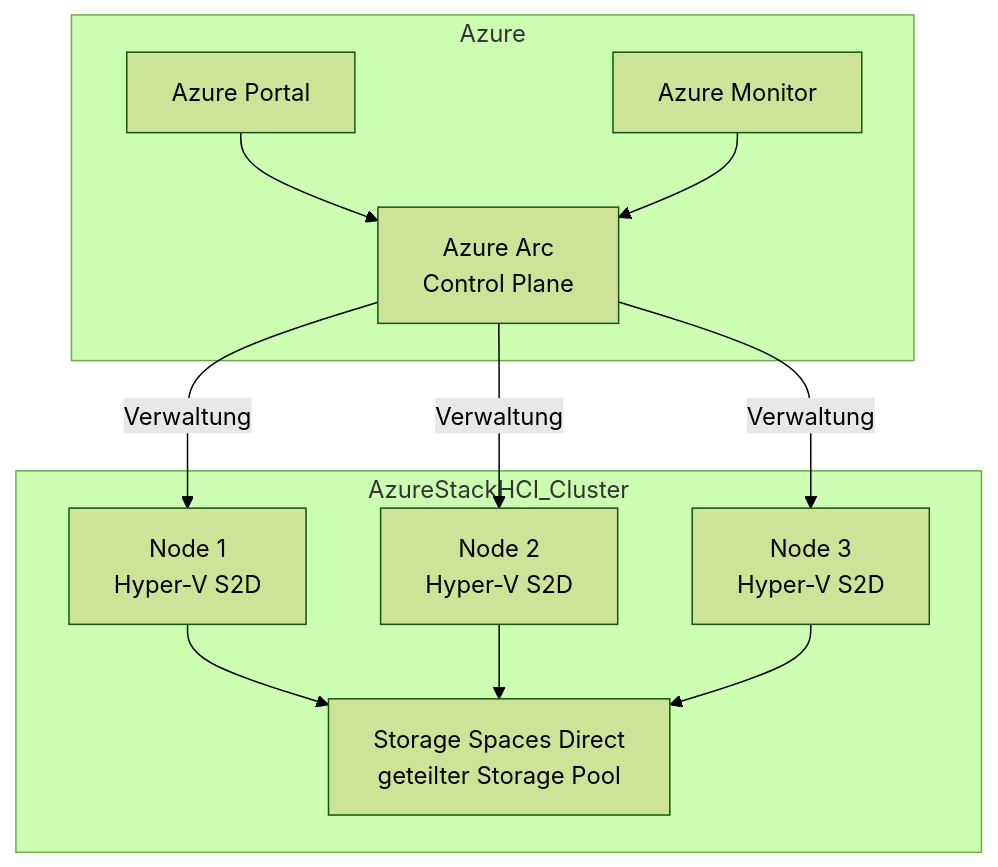
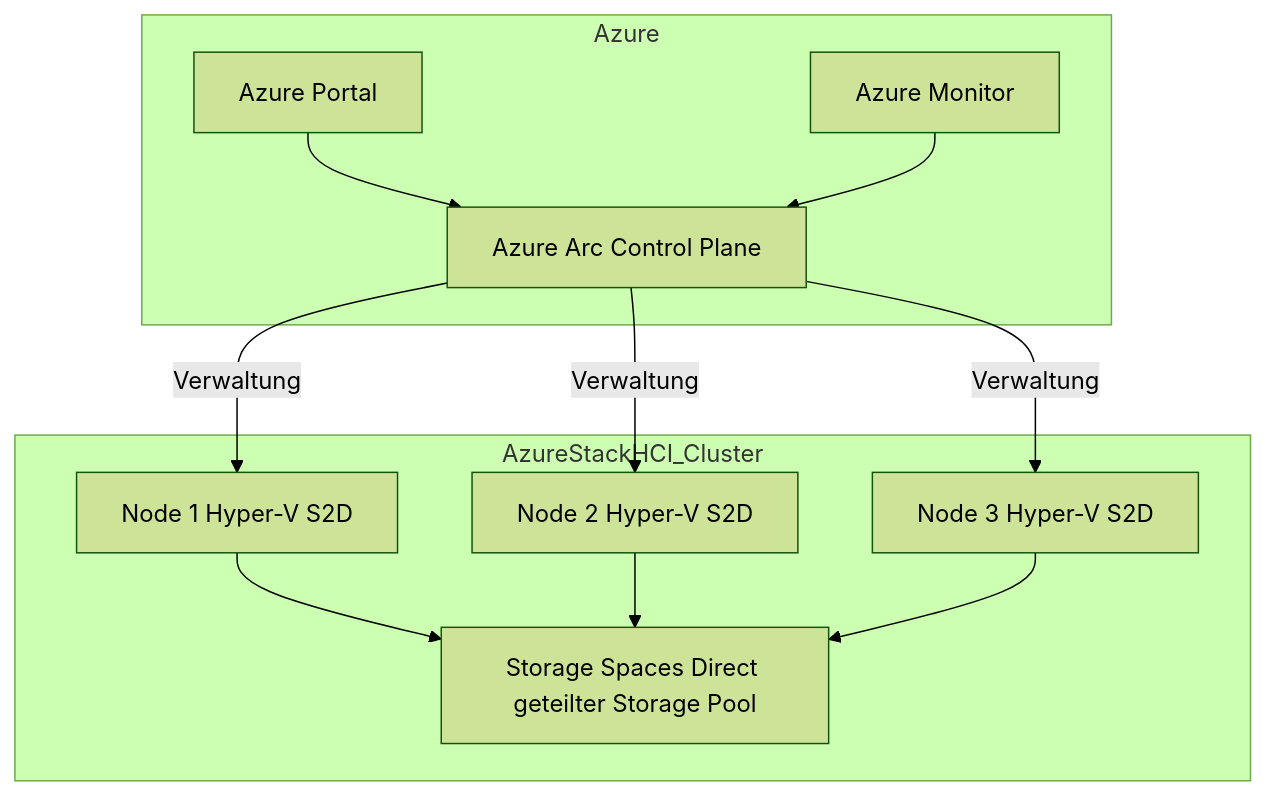
One commit to SoniiiT/notes-n-docs changed the first of 6 diagrams in Microsoft 365/Azure/Arc/Azure Stack HCI.md. Above: the diagram before and after it, drawn with Mermaid (forest theme). The commit also changed other lines of this file and 124 other files, not shown here.

First line of the commit message:
fix: Entferne \n aus allen Mermaid-Diagrammen (125 Dateien)

````diff
--- a/Microsoft 365/Azure/Arc/Azure Stack HCI.md
+++ b/Microsoft 365/Azure/Arc/Azure Stack HCI.md
@@ -31,24 +31,24 @@
 ```mermaid
 graph TD
     subgraph AzureStackHCI_Cluster
-        NODE1[Node 1\nHyper-V S2D]
-        NODE2[Node 2\nHyper-V S2D]
-        NODE3[Node 3\nHyper-V S2D]
-        S2D[Storage Spaces Direct\ngeteilter Storage Pool]
+        NODE1[Node 1 Hyper-V S2D]
+        NODE2[Node 2 Hyper-V S2D]
+        NODE3[Node 3 Hyper-V S2D]
+        S2D[Storage Spaces Direct geteilter Storage Pool]
     end
 
     subgraph Azure
-        ARC[Azure Arc\nControl Plane]
+        ARC[Azure Arc Control Plane]
         PORTAL[Azure Portal]
         MONITOR[Azure Monitor]
     end
 
     NODE1 --> S2D
     NODE2 --> S2D
     NODE3 --> S2D
     ARC -->|Verwaltung| NODE1
     ARC -->|Verwaltung| NODE2
     ARC -->|Verwaltung| NODE3
     PORTAL --> ARC
     MONITOR --> ARC
 ```
````
